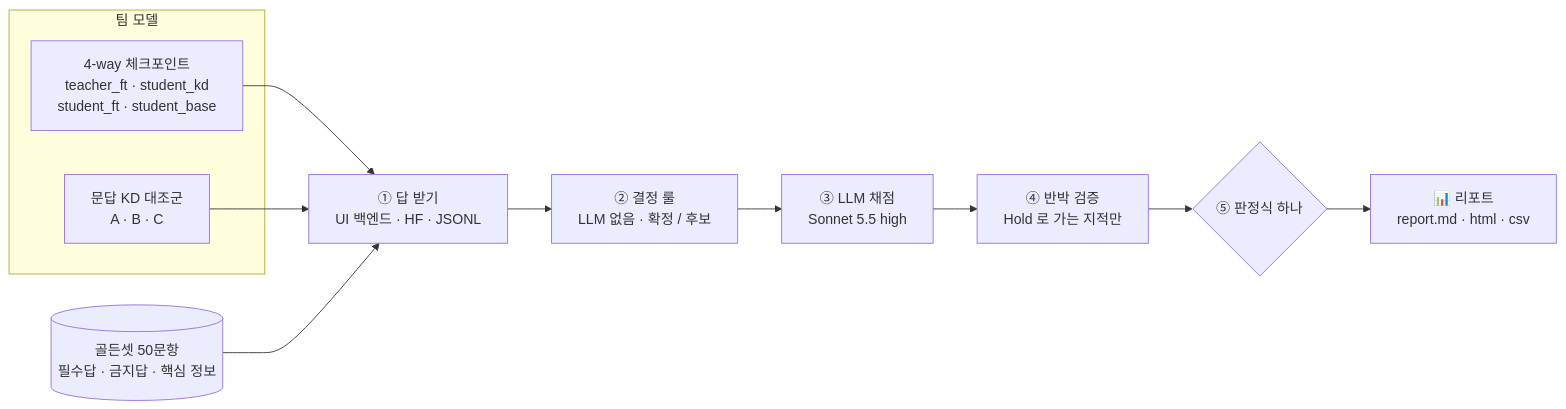
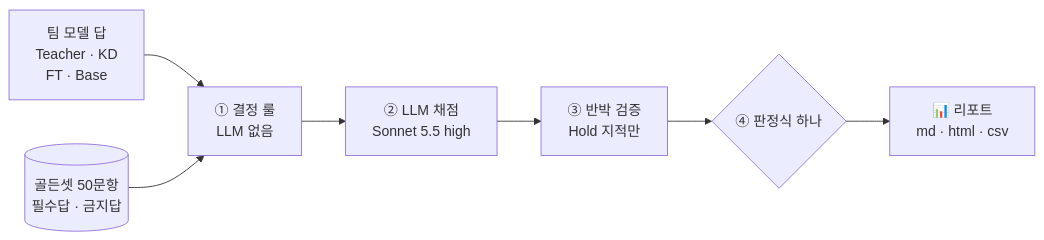
One commit to YOONPYOGitHub/knowledge-distillation changed the first of 3 diagrams in README.md. Above: the diagram before and after it, drawn with Mermaid. The commit also changed other lines of this file and 793 other files, not shown here.

````diff
--- a/README.md
+++ b/README.md
@@ -21,18 +17,9 @@
 ```mermaid
 flowchart LR
-  subgraph TEAM["팀 모델"]
-    A1["4-way 체크포인트<br/>teacher_ft · student_kd<br/>student_ft · student_base"]
-    A2["문답 KD 대조군<br/>A · B · C"]
-  end
-  G[("골든셋 50문항<br/>필수답 · 금지답 · 핵심 정보")]
-  R["① 답 받기<br/>UI 백엔드 · HF · JSONL"]
-  D["② 결정 룰<br/>LLM 없음 · 확정 / 후보"]
-  J["③ LLM 채점<br/>Sonnet 5.5 high"]
-  V["④ 반박 검증<br/>Hold 로 가는 지적만"]
-  F{"⑤ 판정식 하나"}
-  O["📊 리포트<br/>report.md · html · csv"]
-  A1 --> R
-  A2 --> R
-  G --> R
-  R --> D --> J --> V --> F --> O
+  T["팀 모델 답<br/>Teacher · KD<br/>FT · Base"] --> D["① 결정 룰<br/>LLM 없음"]
+  G[("골든셋 50문항<br/>필수답 · 금지답")] --> D
+  D --> J["② LLM 채점<br/>Sonnet 5.5 high"]
+  J --> V["③ 반박 검증<br/>Hold 지적만"]
+  V --> F{"④ 판정식 하나"}
+  F --> O["📊 리포트<br/>md · html · csv"]
 ```
````
